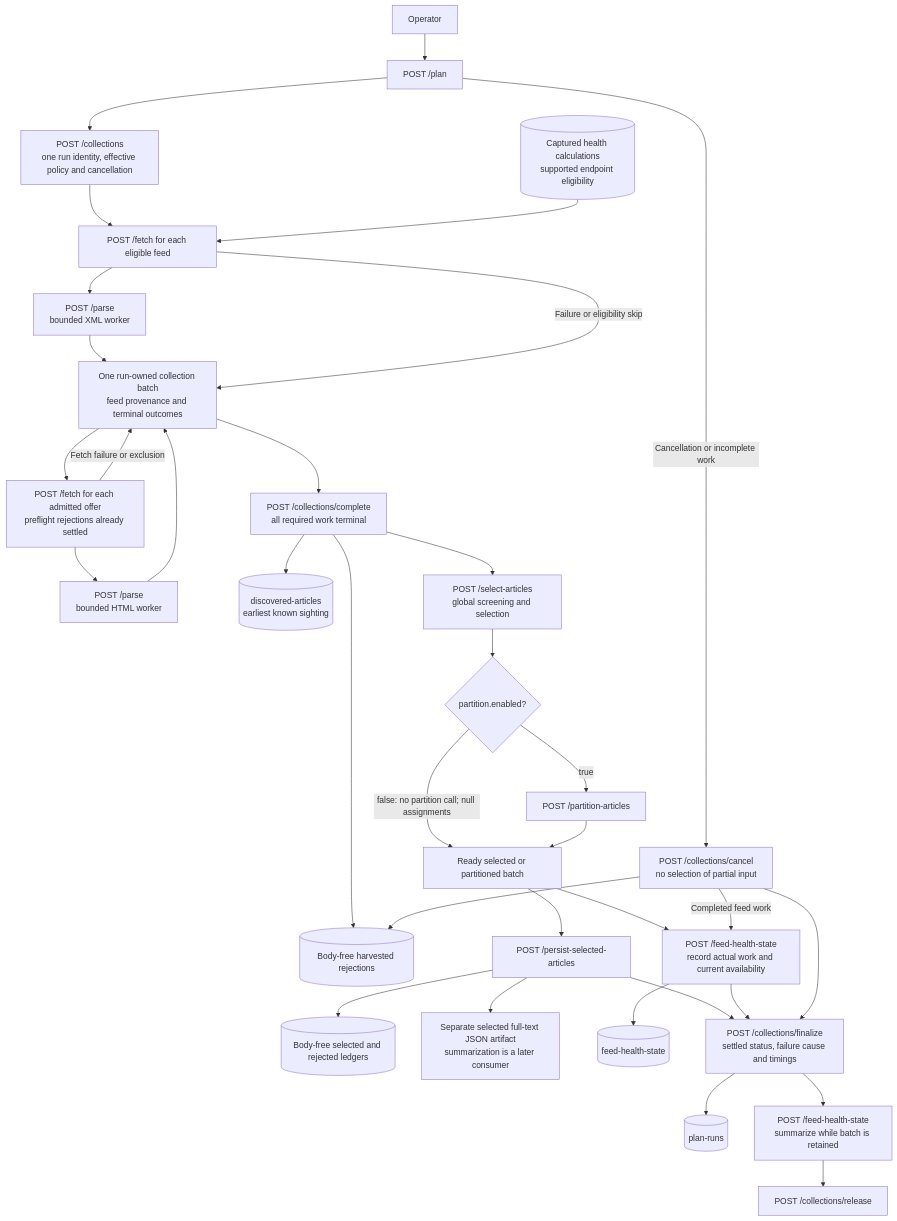
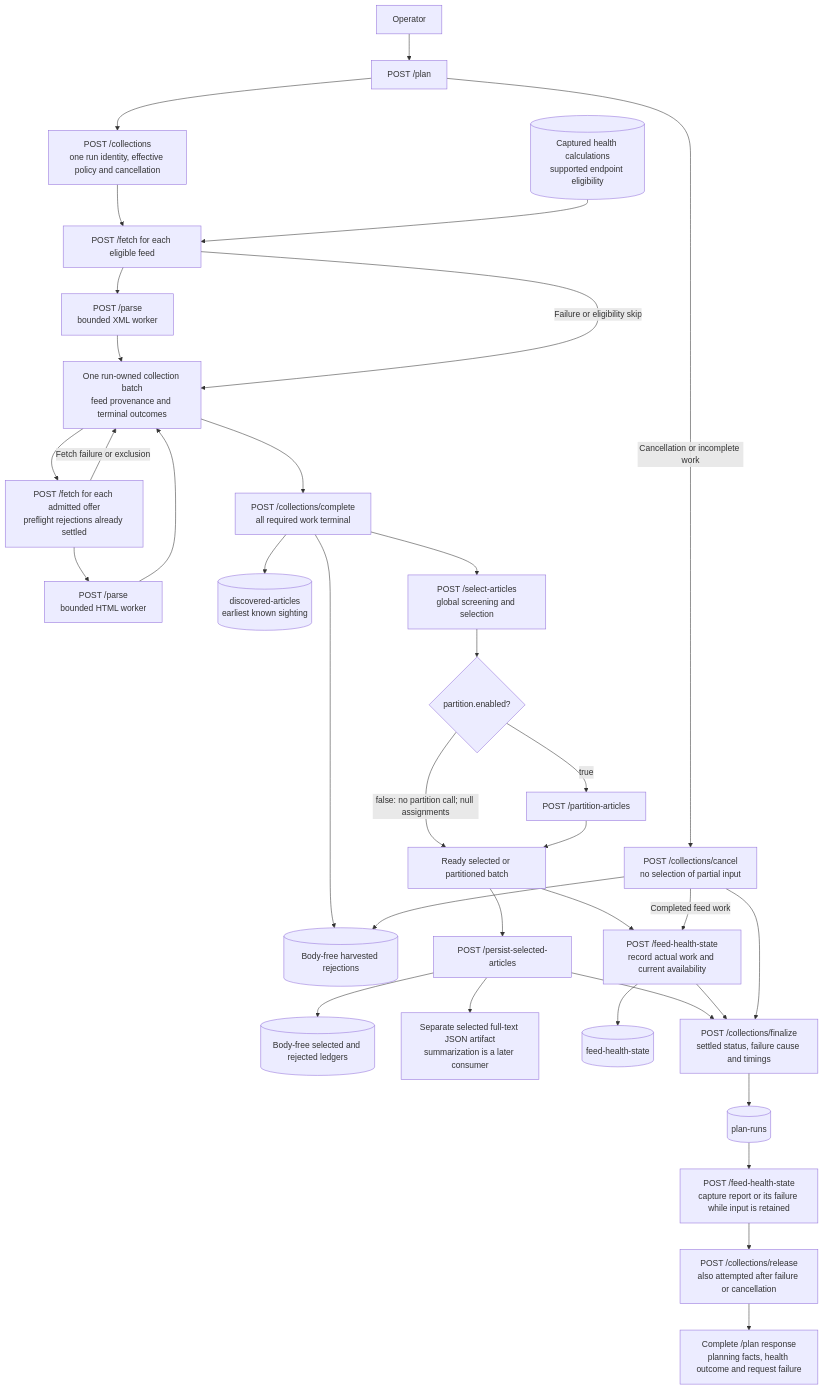
One commit to miztiik/yen-idhazh changed the diagram in docs/architecture/sources/feed-operator-api.md. Above: the diagram before and after it, drawn with Mermaid. The commit also changed other lines of this file and 154 other files, not shown here.

Commit message:
Convert planner metadata and complete request-owned results

````diff
--- a/docs/architecture/sources/feed-operator-api.md
+++ b/docs/architecture/sources/feed-operator-api.md
@@ -261,36 +296,37 @@
 ```mermaid
 flowchart TD
   OP["Operator"] --> PLAN["POST /plan"]
   PLAN --> BEGIN["POST /collections<br/>one run identity, effective policy and cancellation"]
   BEGIN --> FETCH_FEED["POST /fetch for each eligible feed"]
   CURRENT[("Captured health calculations<br/>supported endpoint eligibility")] --> FETCH_FEED
   FETCH_FEED --> PARSE_FEED["POST /parse<br/>bounded XML worker"]
   PARSE_FEED --> BATCH["One run-owned collection batch<br/>feed provenance and terminal outcomes"]
   BATCH --> FETCH_ARTICLE["POST /fetch for each admitted offer<br/>preflight rejections already settled"]
   FETCH_ARTICLE --> PARSE_ARTICLE["POST /parse<br/>bounded HTML worker"]
   PARSE_ARTICLE --> BATCH
   FETCH_FEED -->|"Failure or eligibility skip"| BATCH
   FETCH_ARTICLE -->|"Fetch failure or exclusion"| BATCH
   BATCH --> COMPLETE["POST /collections/complete<br/>all required work terminal"]
   COMPLETE --> DISCOVERY[("discovered-articles<br/>earliest known sighting")]
   COMPLETE --> REJECTIONS[("Body-free harvested rejections")]
   COMPLETE --> SELECT["POST /select-articles<br/>global screening and selection"]
   SELECT --> ENABLED{"partition.enabled?"}
   ENABLED -->|"true"| PARTITION["POST /partition-articles"]
   ENABLED -->|"false: no partition call; null assignments"| READY["Ready selected or partitioned batch"]
   PARTITION --> READY
   READY --> PERSIST["POST /persist-selected-articles"]
   PERSIST --> METADATA[("Body-free selected and rejected ledgers")]
   PERSIST --> TEXT["Separate selected full-text JSON artifact<br/>summarization is a later consumer"]
   READY --> HEALTH["POST /feed-health-state<br/>record actual work and current availability"]
   HEALTH --> HEALTH_LEDGER[("feed-health-state")]
   PERSIST --> FINAL["POST /collections/finalize<br/>settled status, failure cause and timings"]
   HEALTH --> FINAL
   FINAL --> RUNS[("plan-runs")]
   PLAN -->|"Cancellation or incomplete work"| CANCEL["POST /collections/cancel<br/>no selection of partial input"]
   CANCEL --> REJECTIONS
   CANCEL -->|"Completed feed work"| HEALTH
   CANCEL --> FINAL
-  FINAL --> SUMMARY["POST /feed-health-state<br/>summarize while batch is retained"]
-  SUMMARY --> RELEASE["POST /collections/release"]
+  RUNS --> SUMMARY["POST /feed-health-state<br/>capture report or its failure while input is retained"]
+  SUMMARY --> RELEASE["POST /collections/release<br/>also attempted after failure or cancellation"]
+  RELEASE --> RESULT["Complete /plan response<br/>planning facts, health outcome and request failure"]
 ```
````
